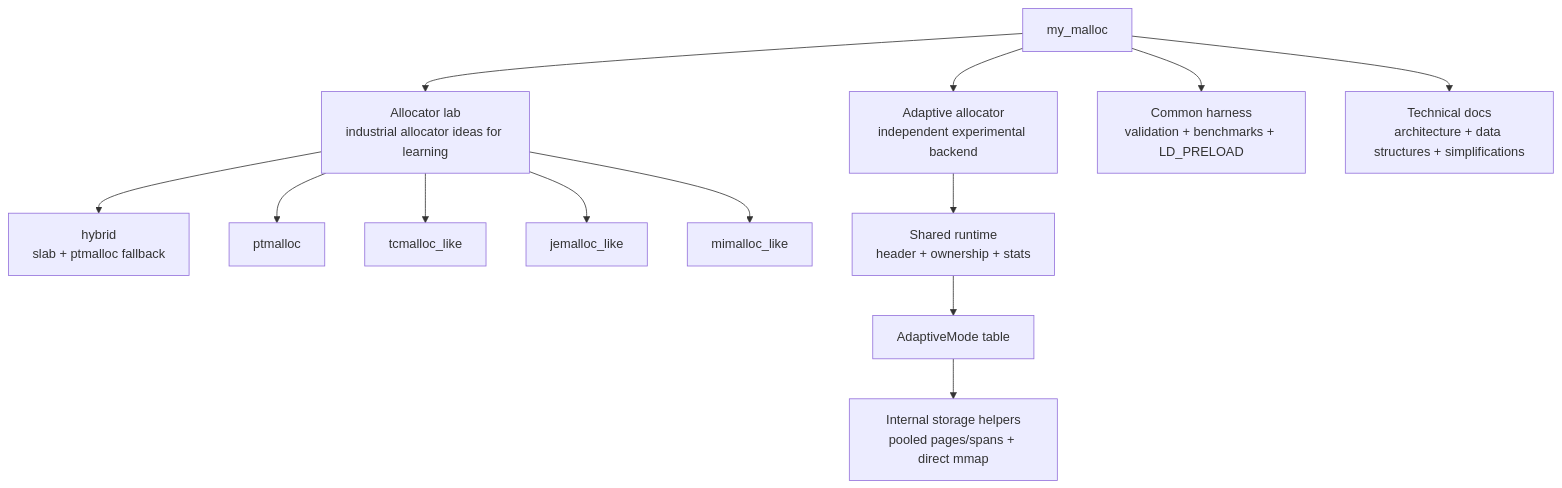
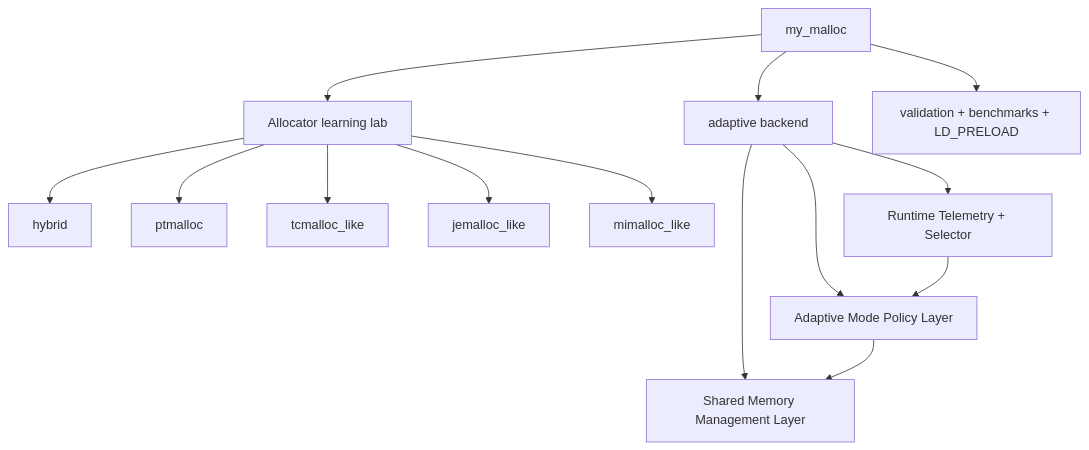
One commit to sdsasf/my_malloc changed the first of 2 diagrams in docs/system_architecture.md. Above: the diagram before and after it, drawn with Mermaid. The commit also changed other lines of this file and 26 other files, not shown here.

Commit message:
Split adaptive allocator into layered architecture

````diff
--- a/docs/system_architecture.md
+++ b/docs/system_architecture.md
@@ -12,24 +12,23 @@
 ```mermaid
 flowchart TB
     Project["my_malloc"]
-
-    Lab["Allocator lab<br/>industrial allocator ideas for learning"]
-    Adaptive["Adaptive allocator<br/>independent experimental backend"]
-    Harness["Common harness<br/>validation + benchmarks + LD_PRELOAD"]
-    Docs["Technical docs<br/>architecture + data structures + simplifications"]
+    Lab["Allocator learning lab"]
+    Adaptive["adaptive backend"]
+    Harness["validation + benchmarks + LD_PRELOAD"]
 
     Project --> Lab
     Project --> Adaptive
     Project --> Harness
-    Project --> Docs
 
-    Lab --> Hybrid["hybrid<br/>slab + ptmalloc fallback"]
+    Lab --> Hybrid["hybrid"]
     Lab --> PT["ptmalloc"]
     Lab --> TC["tcmalloc_like"]
     Lab --> JE["jemalloc_like"]
     Lab --> MI["mimalloc_like"]
 
-    Adaptive --> Runtime["Shared runtime<br/>header + ownership + stats"]
-    Runtime --> Modes["AdaptiveMode table"]
-    Modes --> Helpers["Internal storage helpers<br/>pooled pages/spans + direct mmap"]
+    Adaptive --> Services["Shared Memory Management Layer"]
+    Adaptive --> Modes["Adaptive Mode Policy Layer"]
+    Adaptive --> Selector["Runtime Telemetry + Selector"]
+    Modes --> Services
+    Selector --> Modes
 ```
````
